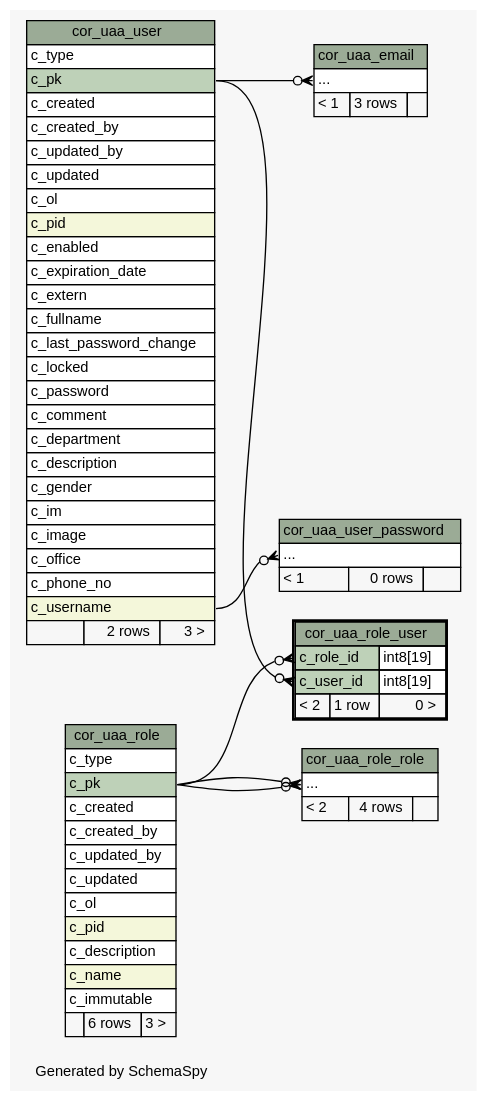
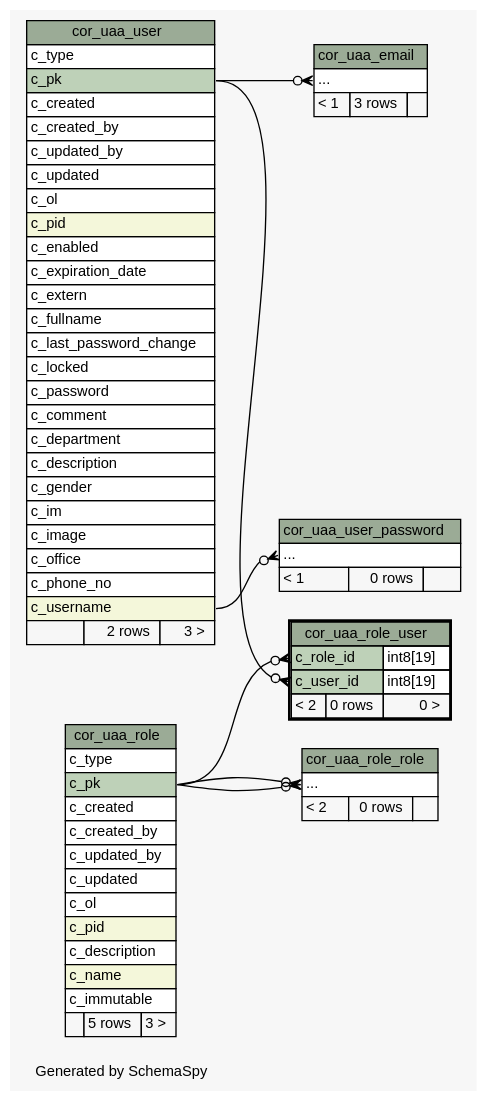
The diagram in 2.0.0-SNAPSHOT/schemaspy/diagrams/cor_uaa_role_user.2degrees.dot (openwms/org.openwms.core.uaa), drawn with Graphviz before and after one commit. The commit also changed 424 other files, not shown here.

```diff
--- a/2.0.0-SNAPSHOT/schemaspy/diagrams/cor_uaa_role_user.2degrees.dot
+++ b/2.0.0-SNAPSHOT/schemaspy/diagrams/cor_uaa_role_user.2degrees.dot
@@ -1,122 +1,122 @@
 // dot 2.43.0 on Linux 5.15.0-1022-azure
 // SchemaSpy rev Unknown
 digraph "twoDegreesRelationshipsDiagram" {
   graph [
     rankdir="RL"
     bgcolor="#f7f7f7"
     label="\nGenerated by SchemaSpy"
     labeljust="l"
     nodesep="0.18"
     ranksep="0.46"
     fontname="Helvetica"
     fontsize="11"
   ];
   node [
     fontname="Helvetica"
     fontsize="11"
     shape="plaintext"
   ];
   edge [
     arrowsize="0.8"
   ];
   "cor_uaa_email":"elipses":w -> "cor_uaa_user":"c_pk":e [arrowhead=none dir=back arrowtail=crowodot];
   "cor_uaa_role_role":"elipses":w -> "cor_uaa_role":"c_pk":e [arrowhead=none dir=back arrowtail=crowodot];
   "cor_uaa_role_role":"elipses":w -> "cor_uaa_role":"c_pk":e [arrowhead=none dir=back arrowtail=crowodot];
   "cor_uaa_role_user":"c_role_id":w -> "cor_uaa_role":"c_pk":e [arrowhead=none dir=back arrowtail=crowodot];
   "cor_uaa_role_user":"c_user_id":w -> "cor_uaa_user":"c_pk":e [arrowhead=none dir=back arrowtail=crowodot];
   "cor_uaa_user_password":"elipses":w -> "cor_uaa_user":"c_username":e [arrowhead=none dir=back arrowtail=crowodot];
   "cor_uaa_email" [
     label=<
     <TABLE BORDER="0" CELLBORDER="1" CELLSPACING="0" BGCOLOR="#ffffff">
       <TR><TD COLSPAN="3" BGCOLOR="#9bab96" ALIGN="CENTER">cor_uaa_email</TD></TR>
       <TR><TD PORT="elipses" COLSPAN="3" ALIGN="LEFT">...</TD></TR>
       <TR><TD ALIGN="LEFT" BGCOLOR="#f7f7f7">&lt; 1</TD><TD ALIGN="RIGHT" BGCOLOR="#f7f7f7">3 rows</TD><TD ALIGN="RIGHT" BGCOLOR="#f7f7f7">  </TD></TR>
     </TABLE>>
     URL="cor_uaa_email.html"
     tooltip="cor_uaa_email"
   ];
   "cor_uaa_role" [
     label=<
     <TABLE BORDER="0" CELLBORDER="1" CELLSPACING="0" BGCOLOR="#ffffff">
       <TR><TD COLSPAN="3" BGCOLOR="#9bab96" ALIGN="CENTER">cor_uaa_role</TD></TR>
       <TR><TD PORT="c_type" COLSPAN="3" ALIGN="LEFT">c_type</TD></TR>
       <TR><TD PORT="c_pk" COLSPAN="3" BGCOLOR="#bed1b8" ALIGN="LEFT">c_pk</TD></TR>
       <TR><TD PORT="c_created" COLSPAN="3" ALIGN="LEFT">c_created</TD></TR>
       <TR><TD PORT="c_created_by" COLSPAN="3" ALIGN="LEFT">c_created_by</TD></TR>
       <TR><TD PORT="c_updated_by" COLSPAN="3" ALIGN="LEFT">c_updated_by</TD></TR>
       <TR><TD PORT="c_updated" COLSPAN="3" ALIGN="LEFT">c_updated</TD></TR>
       <TR><TD PORT="c_ol" COLSPAN="3" ALIGN="LEFT">c_ol</TD></TR>
       <TR><TD PORT="c_pid" COLSPAN="3" BGCOLOR="#f4f7da" ALIGN="LEFT">c_pid</TD></TR>
       <TR><TD PORT="c_description" COLSPAN="3" ALIGN="LEFT">c_description</TD></TR>
       <TR><TD PORT="c_name" COLSPAN="3" BGCOLOR="#f4f7da" ALIGN="LEFT">c_name</TD></TR>
       <TR><TD PORT="c_immutable" COLSPAN="3" ALIGN="LEFT">c_immutable</TD></TR>
-      <TR><TD ALIGN="LEFT" BGCOLOR="#f7f7f7">  </TD><TD ALIGN="RIGHT" BGCOLOR="#f7f7f7">6 rows</TD><TD ALIGN="RIGHT" BGCOLOR="#f7f7f7">3 &gt;</TD></TR>
+      <TR><TD ALIGN="LEFT" BGCOLOR="#f7f7f7">  </TD><TD ALIGN="RIGHT" BGCOLOR="#f7f7f7">5 rows</TD><TD ALIGN="RIGHT" BGCOLOR="#f7f7f7">3 &gt;</TD></TR>
     </TABLE>>
     URL="cor_uaa_role.html"
     tooltip="cor_uaa_role"
   ];
   "cor_uaa_role_role" [
     label=<
     <TABLE BORDER="0" CELLBORDER="1" CELLSPACING="0" BGCOLOR="#ffffff">
       <TR><TD COLSPAN="3" BGCOLOR="#9bab96" ALIGN="CENTER">cor_uaa_role_role</TD></TR>
       <TR><TD PORT="elipses" COLSPAN="3" ALIGN="LEFT">...</TD></TR>
-      <TR><TD ALIGN="LEFT" BGCOLOR="#f7f7f7">&lt; 2</TD><TD ALIGN="RIGHT" BGCOLOR="#f7f7f7">4 rows</TD><TD ALIGN="RIGHT" BGCOLOR="#f7f7f7">  </TD></TR>
+      <TR><TD ALIGN="LEFT" BGCOLOR="#f7f7f7">&lt; 2</TD><TD ALIGN="RIGHT" BGCOLOR="#f7f7f7">0 rows</TD><TD ALIGN="RIGHT" BGCOLOR="#f7f7f7">  </TD></TR>
     </TABLE>>
     URL="cor_uaa_role_role.html"
     tooltip="cor_uaa_role_role"
   ];
   "cor_uaa_role_user" [
     label=<
     <TABLE BORDER="2" CELLBORDER="1" CELLSPACING="0" BGCOLOR="#ffffff">
       <TR><TD COLSPAN="3" BGCOLOR="#9bab96" ALIGN="CENTER">cor_uaa_role_user</TD></TR>
       <TR><TD PORT="c_role_id" COLSPAN="2" BGCOLOR="#bed1b8" ALIGN="LEFT">c_role_id</TD><TD PORT="c_role_id.type" ALIGN="LEFT">int8[19]</TD></TR>
       <TR><TD PORT="c_user_id" COLSPAN="2" BGCOLOR="#bed1b8" ALIGN="LEFT">c_user_id</TD><TD PORT="c_user_id.type" ALIGN="LEFT">int8[19]</TD></TR>
-      <TR><TD ALIGN="LEFT" BGCOLOR="#f7f7f7">&lt; 2</TD><TD ALIGN="RIGHT" BGCOLOR="#f7f7f7">1 row</TD><TD ALIGN="RIGHT" BGCOLOR="#f7f7f7">0 &gt;</TD></TR>
+      <TR><TD ALIGN="LEFT" BGCOLOR="#f7f7f7">&lt; 2</TD><TD ALIGN="RIGHT" BGCOLOR="#f7f7f7">0 rows</TD><TD ALIGN="RIGHT" BGCOLOR="#f7f7f7">0 &gt;</TD></TR>
     </TABLE>>
     URL="cor_uaa_role_user.html"
     tooltip="cor_uaa_role_user"
   ];
   "cor_uaa_user" [
     label=<
     <TABLE BORDER="0" CELLBORDER="1" CELLSPACING="0" BGCOLOR="#ffffff">
       <TR><TD COLSPAN="3" BGCOLOR="#9bab96" ALIGN="CENTER">cor_uaa_user</TD></TR>
       <TR><TD PORT="c_type" COLSPAN="3" ALIGN="LEFT">c_type</TD></TR>
       <TR><TD PORT="c_pk" COLSPAN="3" BGCOLOR="#bed1b8" ALIGN="LEFT">c_pk</TD></TR>
       <TR><TD PORT="c_created" COLSPAN="3" ALIGN="LEFT">c_created</TD></TR>
       <TR><TD PORT="c_created_by" COLSPAN="3" ALIGN="LEFT">c_created_by</TD></TR>
       <TR><TD PORT="c_updated_by" COLSPAN="3" ALIGN="LEFT">c_updated_by</TD></TR>
       <TR><TD PORT="c_updated" COLSPAN="3" ALIGN="LEFT">c_updated</TD></TR>
       <TR><TD PORT="c_ol" COLSPAN="3" ALIGN="LEFT">c_ol</TD></TR>
       <TR><TD PORT="c_pid" COLSPAN="3" BGCOLOR="#f4f7da" ALIGN="LEFT">c_pid</TD></TR>
       <TR><TD PORT="c_enabled" COLSPAN="3" ALIGN="LEFT">c_enabled</TD></TR>
       <TR><TD PORT="c_expiration_date" COLSPAN="3" ALIGN="LEFT">c_expiration_date</TD></TR>
       <TR><TD PORT="c_extern" COLSPAN="3" ALIGN="LEFT">c_extern</TD></TR>
       <TR><TD PORT="c_fullname" COLSPAN="3" ALIGN="LEFT">c_fullname</TD></TR>
       <TR><TD PORT="c_last_password_change" COLSPAN="3" ALIGN="LEFT">c_last_password_change</TD></TR>
       <TR><TD PORT="c_locked" COLSPAN="3" ALIGN="LEFT">c_locked</TD></TR>
       <TR><TD PORT="c_password" COLSPAN="3" ALIGN="LEFT">c_password</TD></TR>
       <TR><TD PORT="c_comment" COLSPAN="3" ALIGN="LEFT">c_comment</TD></TR>
       <TR><TD PORT="c_department" COLSPAN="3" ALIGN="LEFT">c_department</TD></TR>
       <TR><TD PORT="c_description" COLSPAN="3" ALIGN="LEFT">c_description</TD></TR>
       <TR><TD PORT="c_gender" COLSPAN="3" ALIGN="LEFT">c_gender</TD></TR>
       <TR><TD PORT="c_im" COLSPAN="3" ALIGN="LEFT">c_im</TD></TR>
       <TR><TD PORT="c_image" COLSPAN="3" ALIGN="LEFT">c_image</TD></TR>
       <TR><TD PORT="c_office" COLSPAN="3" ALIGN="LEFT">c_office</TD></TR>
       <TR><TD PORT="c_phone_no" COLSPAN="3" ALIGN="LEFT">c_phone_no</TD></TR>
       <TR><TD PORT="c_username" COLSPAN="3" BGCOLOR="#f4f7da" ALIGN="LEFT">c_username</TD></TR>
       <TR><TD ALIGN="LEFT" BGCOLOR="#f7f7f7">  </TD><TD ALIGN="RIGHT" BGCOLOR="#f7f7f7">2 rows</TD><TD ALIGN="RIGHT" BGCOLOR="#f7f7f7">3 &gt;</TD></TR>
     </TABLE>>
     URL="cor_uaa_user.html"
     tooltip="cor_uaa_user"
   ];
   "cor_uaa_user_password" [
     label=<
     <TABLE BORDER="0" CELLBORDER="1" CELLSPACING="0" BGCOLOR="#ffffff">
       <TR><TD COLSPAN="3" BGCOLOR="#9bab96" ALIGN="CENTER">cor_uaa_user_password</TD></TR>
       <TR><TD PORT="elipses" COLSPAN="3" ALIGN="LEFT">...</TD></TR>
       <TR><TD ALIGN="LEFT" BGCOLOR="#f7f7f7">&lt; 1</TD><TD ALIGN="RIGHT" BGCOLOR="#f7f7f7">0 rows</TD><TD ALIGN="RIGHT" BGCOLOR="#f7f7f7">  </TD></TR>
     </TABLE>>
     URL="cor_uaa_user_password.html"
     tooltip="cor_uaa_user_password"
   ];
 }
```
